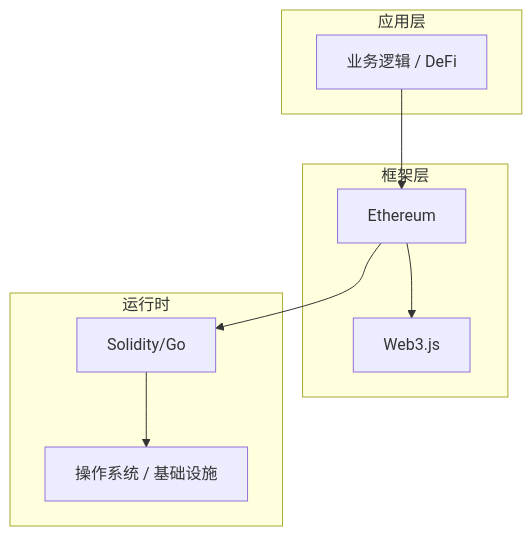
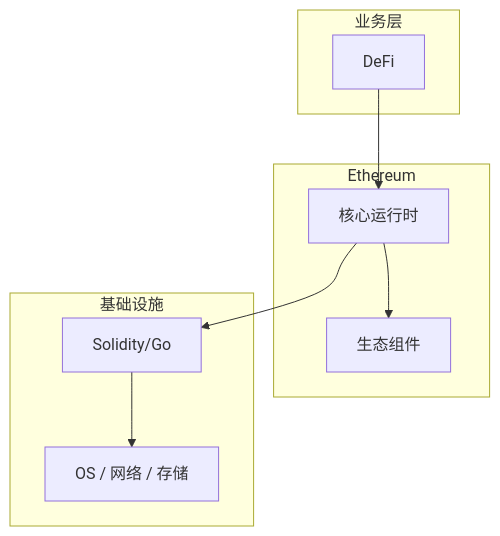
The diagram in articles/区块链/chapters/051-DeFi核心概念与原理.md (yanggan2015/knowledge-json-v2), drawn with Mermaid before and after one commit. The commit also changed other lines of this file and 10127 other files, not shown here.

````diff
--- a/articles/区块链/chapters/051-DeFi核心概念与原理.md
+++ b/articles/区块链/chapters/051-DeFi核心概念与原理.md
@@ -45,18 +30,18 @@
 ```mermaid
 graph TB
-    subgraph 应用层
-        A[业务逻辑 / DeFi]
+    subgraph 业务层
+        A[DeFi]
     end
-    subgraph 框架层
-        B[Ethereum]
-        C[Web3.js]
+    subgraph Ethereum
+        B[核心运行时]
+        C[生态组件]
     end
-    subgraph 运行时
+    subgraph 基础设施
         D[Solidity/Go]
-        E[操作系统 / 基础设施]
+        E[OS / 网络 / 存储]
     end
     A --> B
     B --> C
     B --> D
     D --> E
 ```
````
